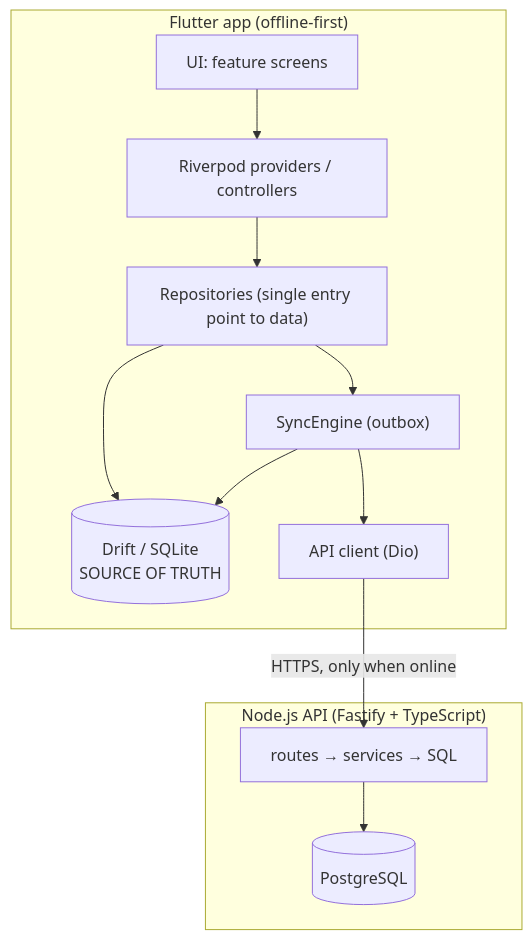
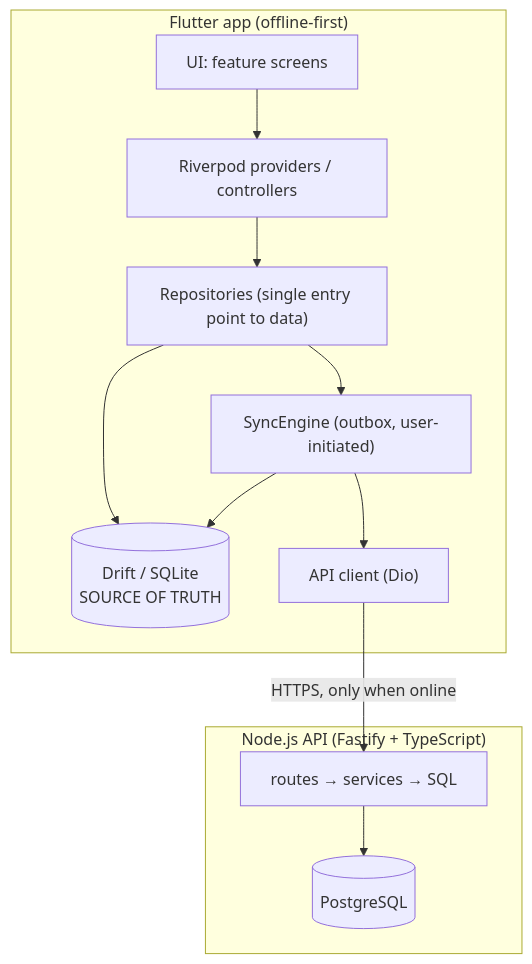
One commit to Faded-MG/Astawashi changed the diagram in README.md. Above: the diagram before and after it, drawn with Mermaid. The commit also changed other lines of this file, not shown here.

````diff
--- a/README.md
+++ b/README.md
@@ -114,16 +140,16 @@
 ```mermaid
 flowchart TB
     subgraph Phone["Flutter app (offline-first)"]
         UI["UI: feature screens"] --> State["Riverpod providers / controllers"]
         State --> Repo["Repositories (single entry point to data)"]
         Repo --> DB[("Drift / SQLite<br/>SOURCE OF TRUTH")]
-        Repo --> Sync["SyncEngine (outbox)"]
+        Repo --> Sync["SyncEngine (outbox, user-initiated)"]
         Sync --> DB
         Sync --> Api["API client (Dio)"]
     end
     Api -- "HTTPS, only when online" --> Server
     subgraph Backend["Node.js API (Fastify + TypeScript)"]
         Server["routes → services → SQL"]
         Server --> PG[("PostgreSQL")]
     end
 ```
````
